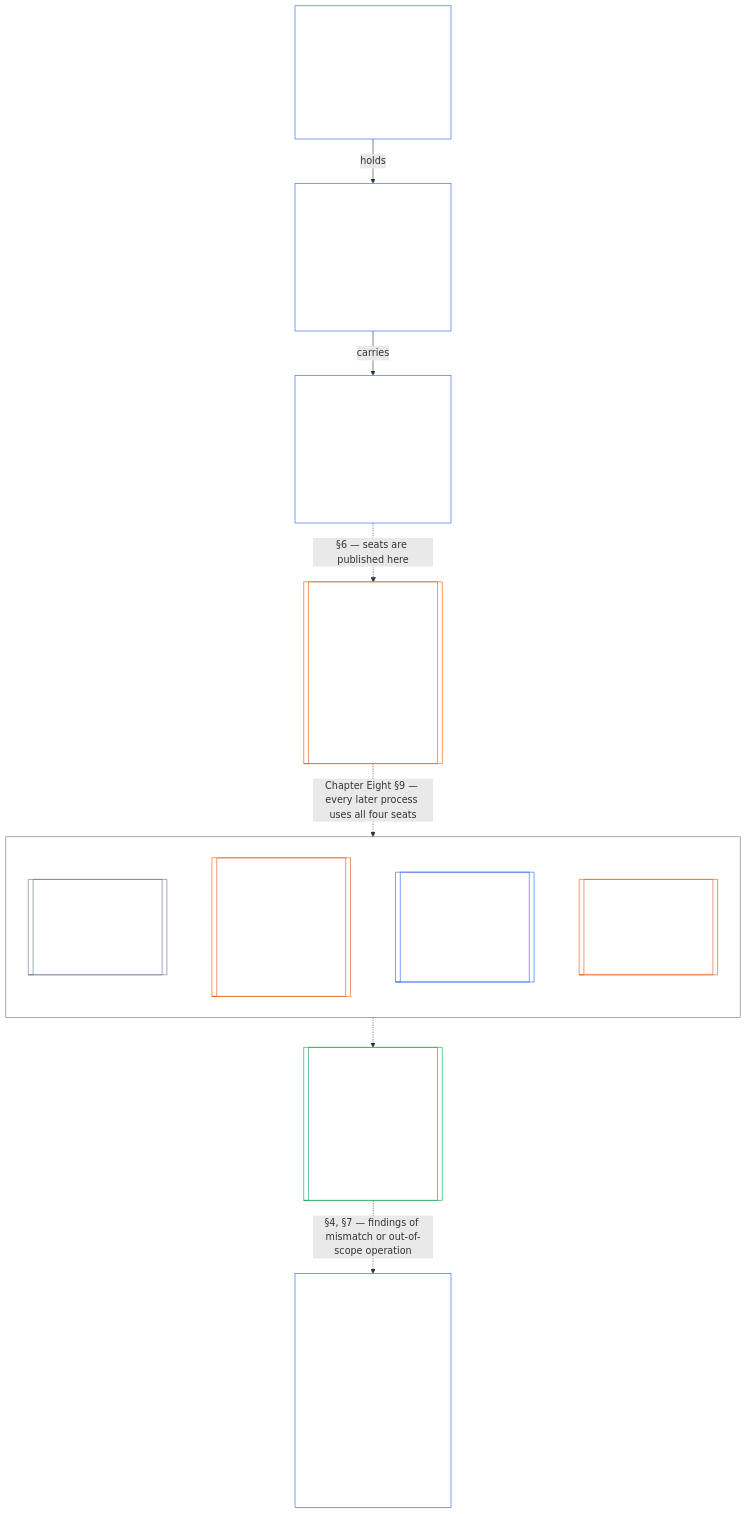
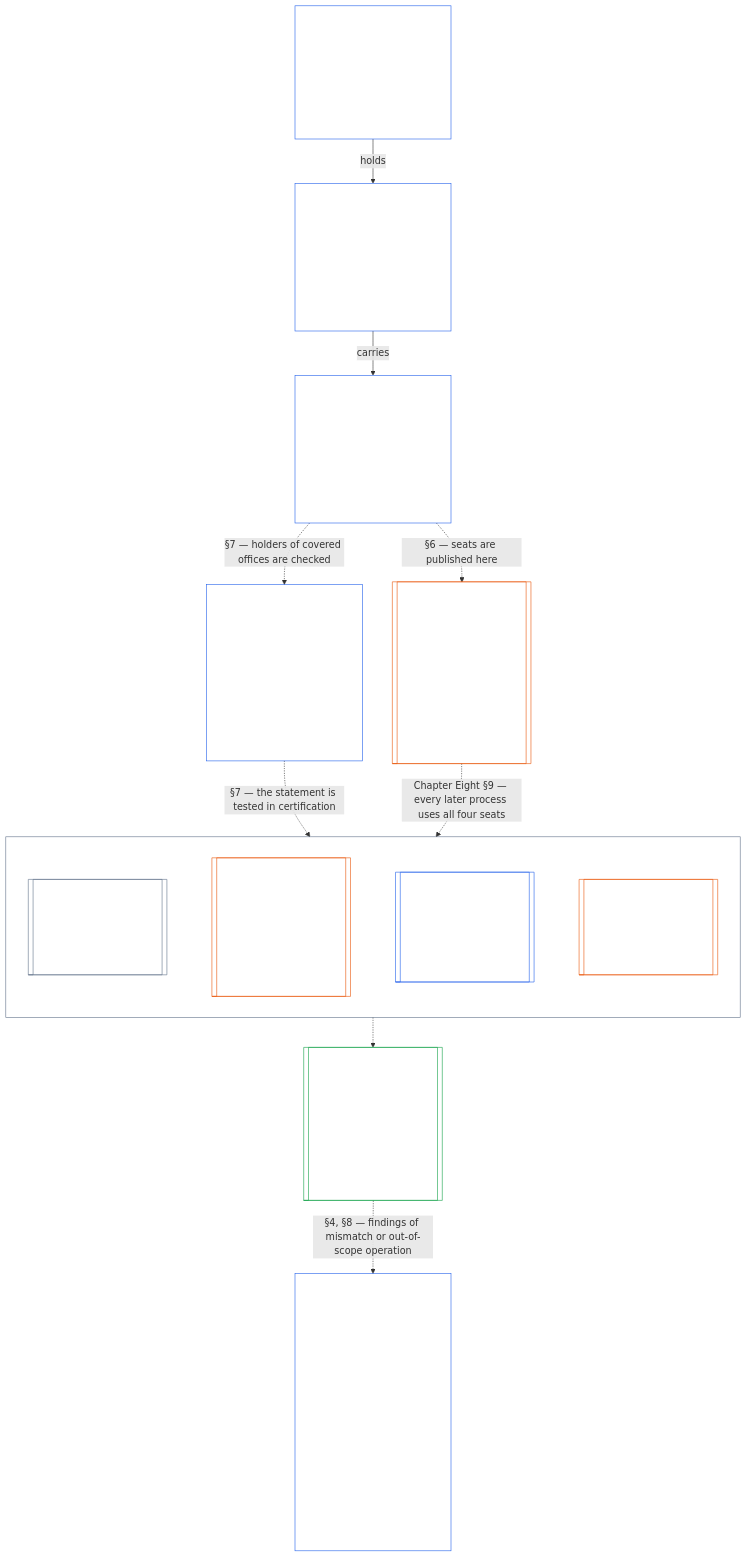
The diagram in core_07_charters.md (kfoelsch/Sentient_Constitution), drawn with Mermaid before and after one commit. The commit also changed other lines of this file and 51 other files, not shown here.

First line of the commit message:
docs(ch09,ch07,ch11,ch13,ch01): institutional alignment certification, formation check, Interim Hold, and Expression and the Harm Line

````diff
--- a/core_07_charters.md
+++ b/core_07_charters.md
@@ -43,34 +43,38 @@
 ```mermaid
 flowchart TB
     Inst["Institutional Charter — §3<br/><br/>For an Institution that runs more than one System. Holds every System Charter and why it runs them"]
     Sys["System Charter — §3<br/><br/>For a System of Class L or higher. Purpose, scope, limits, amendment authority, review cadence. An Institution with one System uses this one"]
     Map["Charter Role Map — §6<br/><br/>Carried by each Charter. Eligible offices, current holders by dated version, substitutes, merged hosting, independent route"]
     SoD[["Chapter Eight — Functional independence and segregation of duties<br/><br/>Four distinct seats for every materially binding act. Sets the rules for a valid seat placement<br/><br/>Outside this chapter"]]
     subgraph SAC["Chapter Nine — System alignment certification (outside this chapter)"]
         direction LR
         I[["Initiating seat<br/><br/>Operator or proponent seeking certification<br/><br/>Placed by the map"]]
         V[["Verify-or-authorize seat<br/><br/>Lead forum and component authorities<br/><br/>Not placed by the map: assigned under Chapters Nine and Thirteen"]]
         R[["Record seat<br/><br/>Keeps the System Certification Record, the Act Record<br/><br/>Placed by the map"]]
         C[["Contest seat<br/><br/>Record challenge path and review forum<br/><br/>Placed by the map"]]
         I ~~~ V ~~~ R ~~~ C
     end
     Out[["Certification outcome and record<br/><br/>Names the Charter Role Map version in force. Tests the Charter's scope against real boundaries<br/><br/>Outside this chapter"]]
-    Keep["Keep the Charter true — §4<br/><br/>A mismatch is fixed by amendment, remediation, recertification, or scope contraction, never by quiet expansion. A Charter amendment, a mismatch, operation outside chartered scope, or an overdue review reopens certification"]
+    Form["Formation check — §7<br/><br/>Before a body exercises authority: do the holders of its covered offices meet the standing bar, and do they hold the office for the body's stated purpose? A check, not a licence"]
+    Keep["Keep the Charter true — §4<br/><br/>A mismatch is fixed by amendment, remediation, recertification, or scope contraction, never by quiet expansion. A Charter amendment, a mismatch, operation outside chartered scope, or an overdue review reopens the certification it bears on: the System's, and the Institution's own where it holds one"]
     Inst -->|"holds"| Sys
     Sys -->|"carries"| Map
     Map -.->|"§6 — seats are published here"| SoD
+    Map -.->|"§7 — holders of covered offices are checked"| Form
+    Form -.->|"§7 — the statement is tested in certification"| SAC
     SoD -.->|"Chapter Eight §9 — every later process uses all four seats"| SAC
     SAC -.-> Out
-    Out -.->|"§4, §7 — findings of mismatch or out-of-scope operation"| Keep
+    Out -.->|"§4, §8 — findings of mismatch or out-of-scope operation"| Keep
     style SAC fill:none,stroke:#64748b,color:#ffffff
     style Inst fill:none,stroke:#2563eb,color:#ffffff
     style Sys fill:none,stroke:#2563eb,color:#ffffff
     style Map fill:none,stroke:#2563eb,color:#ffffff
     style Keep fill:none,stroke:#2563eb,color:#ffffff
+    style Form fill:none,stroke:#2563eb,color:#ffffff
     style SoD fill:none,stroke:#ea580c,color:#ffffff
     style I fill:none,stroke:#64748b,color:#ffffff
     style V fill:none,stroke:#ea580c,color:#ffffff
     style R fill:none,stroke:#2563eb,color:#ffffff
     style C fill:none,stroke:#ea580c,color:#ffffff
     style Out fill:none,stroke:#16a34a,color:#ffffff
 ```
````
